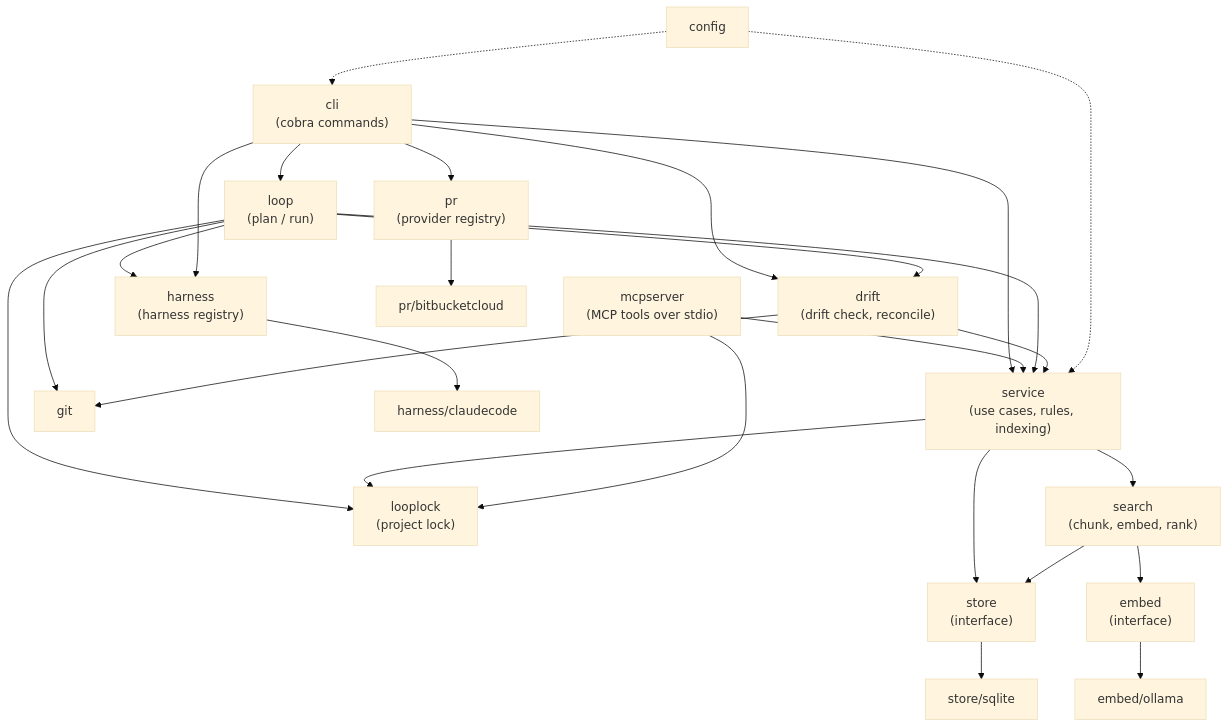
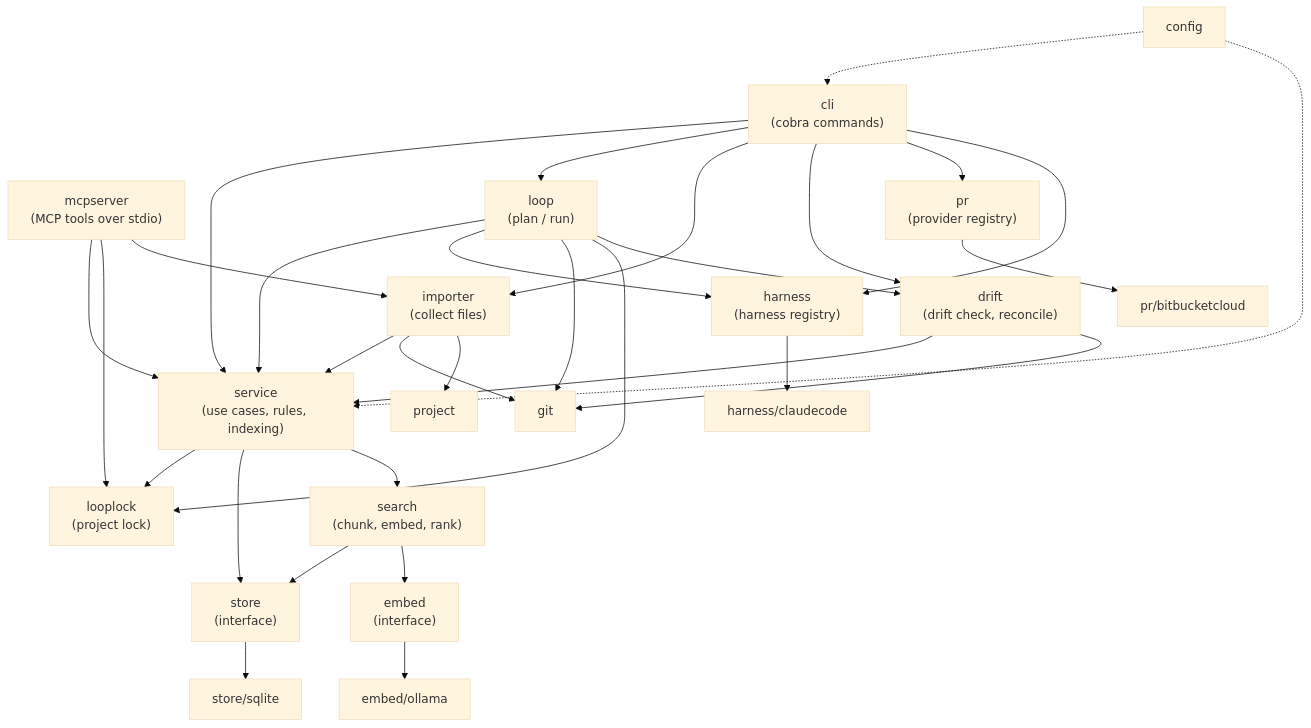
Before and after one commit to bengearig/ralph-cli: the first of 2 diagrams in docs/architecture.md, drawn with Mermaid (base theme). The commit also changed other lines of this file and 6 other files, not shown here.

````diff
--- a/docs/architecture.md
+++ b/docs/architecture.md
@@ -7,28 +7,33 @@
 ```mermaid
 flowchart TD
     CLI["cli<br/>(cobra commands)"] --> SVC
     MCP["mcpserver<br/>(MCP tools over stdio)"] --> SVC
     LOOP["loop<br/>(plan / run)"] --> SVC
     LOOP --> H
     LOOP --> GIT["git"]
     LOOP --> LL["looplock<br/>(project lock)"]
     SVC --> LL
     MCP --> LL
     CLI --> LOOP
+    CLI --> IMP["importer<br/>(collect files)"]
+    MCP --> IMP
+    IMP --> SVC
+    IMP --> GIT
+    IMP --> PRJ["project"]
     CLI --> DRIFT["drift<br/>(drift check, reconcile)"]
     LOOP --> DRIFT
     DRIFT --> SVC
     DRIFT --> GIT
     CLI --> PR["pr<br/>(provider registry)"]
     CLI --> H["harness<br/>(harness registry)"]
     SVC["service<br/>(use cases, rules, indexing)"] --> ST["store<br/>(interface)"]
     SVC --> SR["search<br/>(chunk, embed, rank)"]
     SR --> ST
     SR --> EM["embed<br/>(interface)"]
     ST --> SQL["store/sqlite"]
     EM --> OL["embed/ollama"]
     H --> CC["harness/claudecode"]
     PR --> BB["pr/bitbucketcloud"]
     CFG["config"] -.-> CLI
     CFG -.-> SVC
 ```
````
